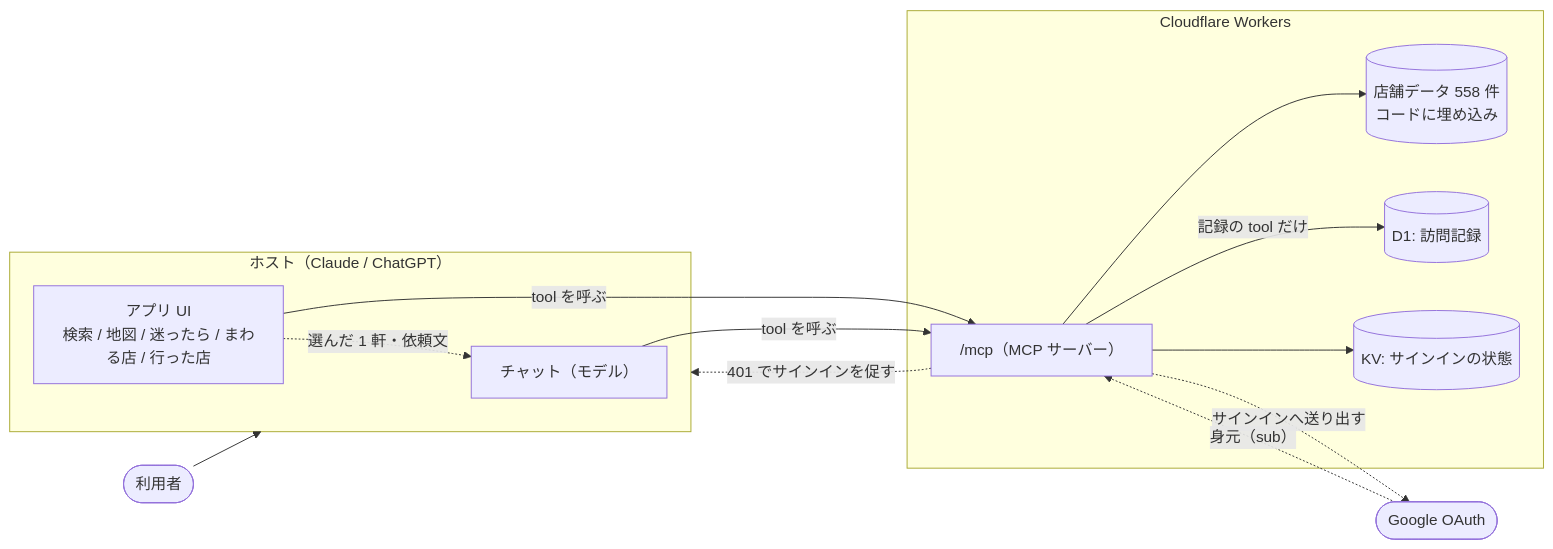
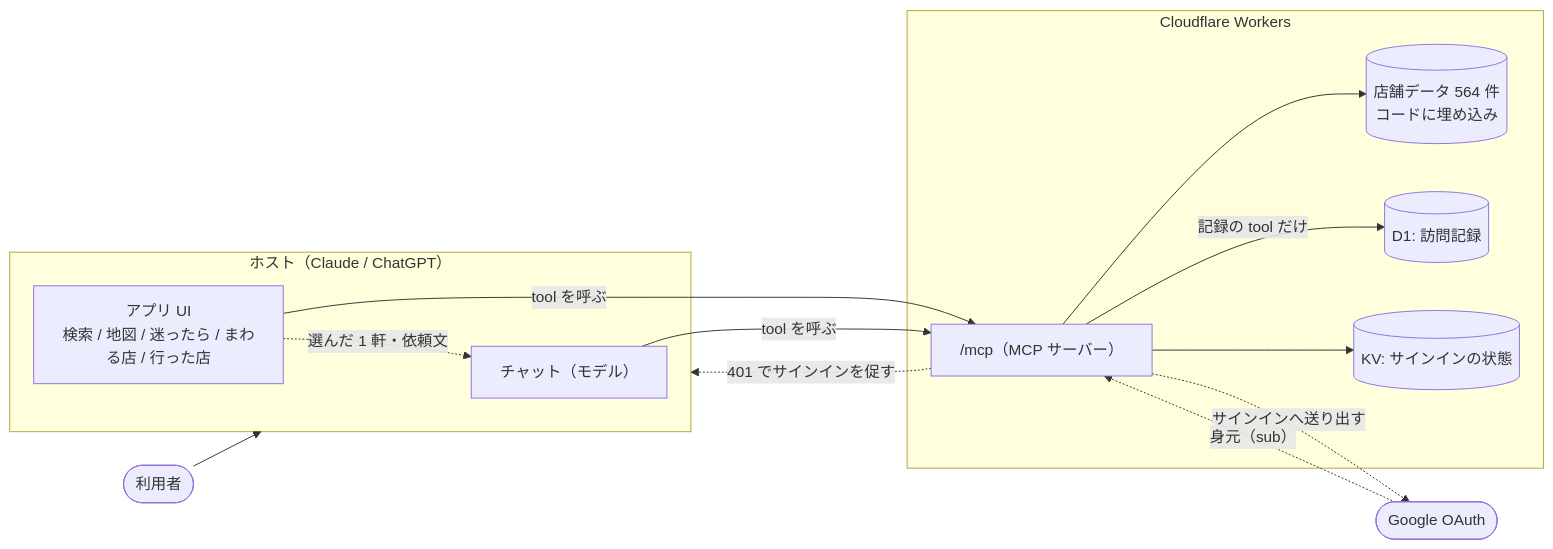
The first of 4 diagrams in README.md (yamazaki-yuki-23/iekei-ramen-mcp-apps), drawn with Mermaid before and after one commit. The commit also changed other lines of this file and 19 other files, not shown here.

````diff
--- a/README.md
+++ b/README.md
@@ -47,27 +47,27 @@
 ```mermaid
 flowchart LR
   user([利用者]) --> host
 
   subgraph host["ホスト（Claude / ChatGPT）"]
     chat["チャット（モデル）"]
     app["アプリ UI<br/>検索 / 地図 / 迷ったら / まわる店 / 行った店"]
   end
 
   chat -- "tool を呼ぶ" --> worker
   app -- "tool を呼ぶ" --> worker
   app -. "選んだ 1 軒・依頼文" .-> chat
 
   subgraph cf["Cloudflare Workers"]
     worker["/mcp（MCP サーバー）"]
-    shops[("店舗データ 558 件<br/>コードに埋め込み")]
+    shops[("店舗データ 564 件<br/>コードに埋め込み")]
     d1[("D1: 訪問記録")]
     kv[("KV: サインインの状態")]
   end
 
   worker --> shops
   worker -- "記録の tool だけ" --> d1
   worker --> kv
   worker -. "401 でサインインを促す" .-> host
   worker -. "サインインへ送り出す" .-> google([Google OAuth])
   google -. "身元（sub）" .-> worker
 ```
````
